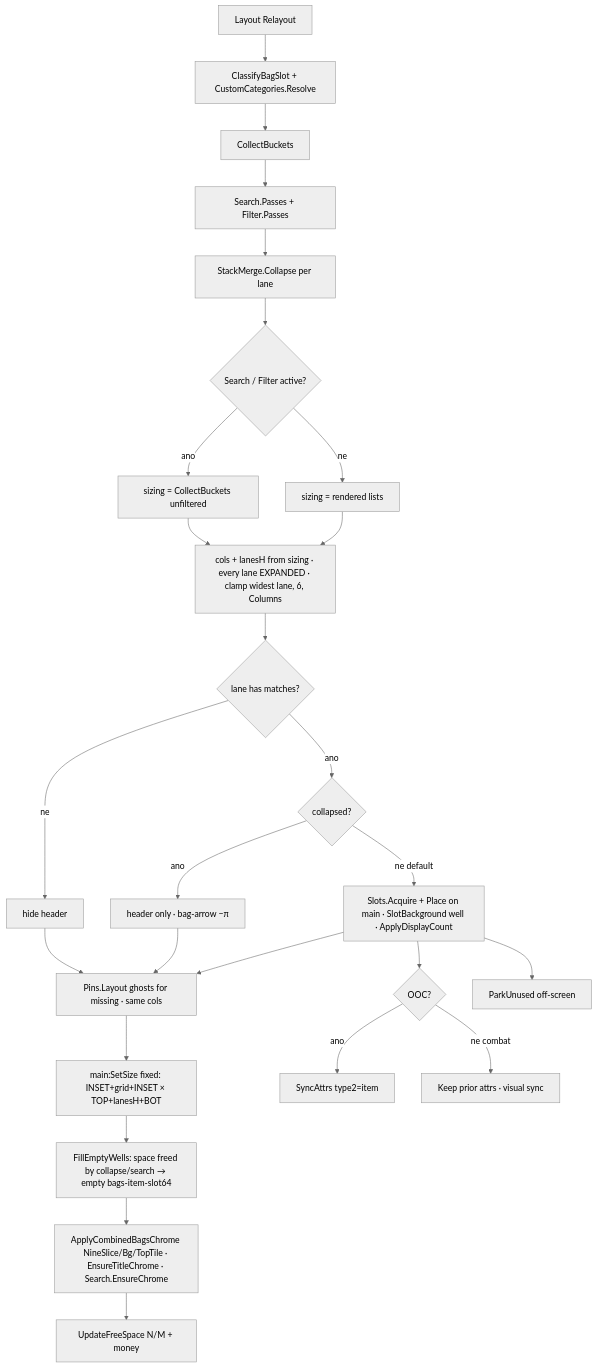
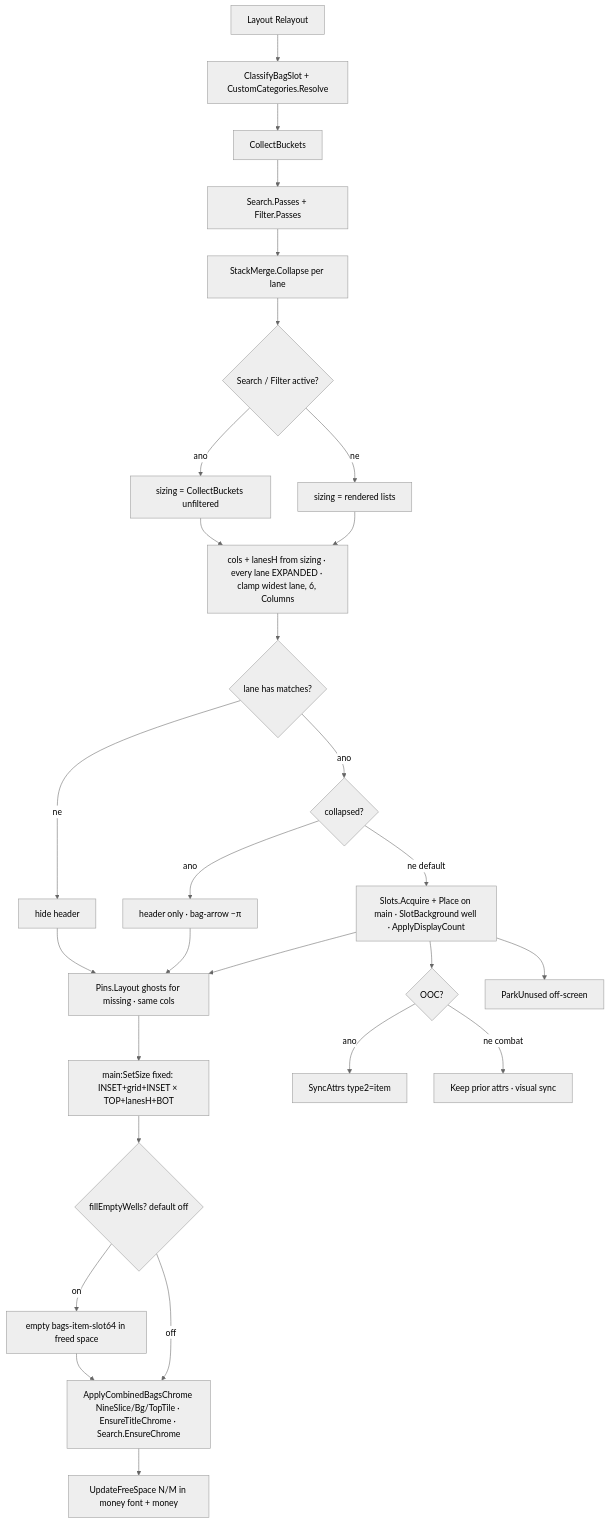
Before and after one commit to sirTurbisCZ/wow-forever-addons: the second of 5 diagrams in addons/BetterBackpack/Docs/loops.md, drawn with Mermaid (neutral theme). The commit also changed other lines of this file and 5 other files, not shown here.

First line of the commit message:
BetterBackpack 0.5.9: no fill wells, CombinedBags title buttons, money-font footer

````diff
--- a/addons/BetterBackpack/Docs/loops.md
+++ b/addons/BetterBackpack/Docs/loops.md
@@ -55,29 +55,31 @@
 ```mermaid
 flowchart TD
   L[Layout Relayout]
   L --> Class[ClassifyBagSlot + CustomCategories.Resolve]
   Class --> Buckets[CollectBuckets]
   Buckets --> SF[Search.Passes + Filter.Passes]
   SF --> Merge[StackMerge.Collapse per lane]
   Merge --> Filt{Search / Filter active?}
   Filt -->|ano| Full[sizing = CollectBuckets unfiltered]
   Filt -->|ne| Same[sizing = rendered lists]
   Full --> Hug[cols + lanesH from sizing · every lane EXPANDED · clamp widest lane, 6, Columns]
   Same --> Hug
   Hug --> Col{lane has matches?}
   Col -->|ne| HideH[hide header]
   Col -->|ano| Coll{collapsed?}
   Coll -->|ano| Hdr[header only · bag-arrow −π]
   Coll -->|ne default| Place[Slots.Acquire + Place on main · SlotBackground well · ApplyDisplayCount]
   Hdr --> Pins
   HideH --> Pins
   Place --> Pins[Pins.Layout ghosts for missing · same cols]
   Pins --> Size[main:SetSize fixed: INSET+grid+INSET × TOP+lanesH+BOT]
-  Size --> Wells[FillEmptyWells: space freed by collapse/search → empty bags-item-slot64]
-  Wells --> Chrome[ApplyCombinedBagsChrome NineSlice/Bg/TopTile · EnsureTitleChrome · Search.EnsureChrome]
-  Chrome --> Foot[UpdateFreeSpace N/M + money]
+  Size --> Wells{fillEmptyWells? default off}
+  Wells -->|on| WellsOn[empty bags-item-slot64 in freed space]
+  WellsOn --> Chrome
+  Wells -->|off| Chrome[ApplyCombinedBagsChrome NineSlice/Bg/TopTile · EnsureTitleChrome · Search.EnsureChrome]
+  Chrome --> Foot[UpdateFreeSpace N/M in money font + money]
   Place --> Attrs{OOC?}
   Attrs -->|ano| Sync[SyncAttrs type2=item]
   Attrs -->|ne combat| Keep[Keep prior attrs · visual sync]
   Place --> Unused[ParkUnused off-screen]
 ```
````
